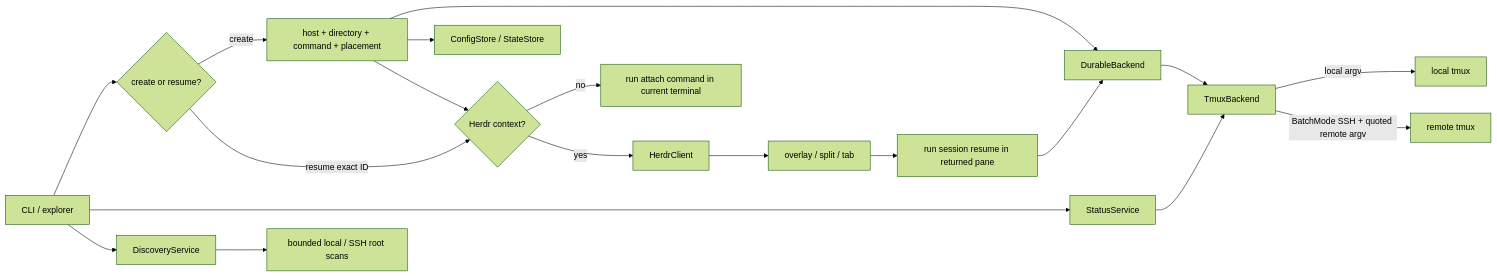
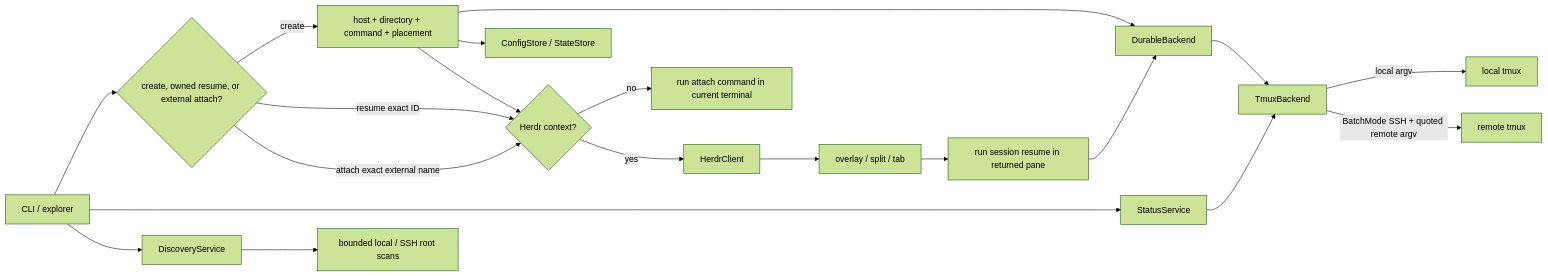
The first of 2 diagrams in docs/architecture.md (moneycaringcoder/herdr-tether), drawn with Mermaid (forest theme) before and after one commit. The commit also changed other lines of this file and 12 other files, not shown here.

Commit message:
feat: attach discovered external tmux sessions (#5)

````diff
--- a/docs/architecture.md
+++ b/docs/architecture.md
@@ -21,21 +22,22 @@
 ```mermaid
 flowchart LR
-    CLI[CLI / explorer] --> Intent{create or resume?}
+    CLI[CLI / explorer] --> Intent{create, owned resume, or external attach?}
     CLI --> Status[StatusService]
     CLI --> Discovery[DiscoveryService]
     Discovery --> Roots[bounded local / SSH root scans]
     Status --> Tmux
     Intent -->|create| Select[host + directory + command + placement]
     Select --> Durable[DurableBackend]
     Durable --> Tmux[TmuxBackend]
     Tmux -->|local argv| Local[local tmux]
     Tmux -->|BatchMode SSH + quoted remote argv| Remote[remote tmux]
     Select --> Store[ConfigStore / StateStore]
     Intent -->|resume exact ID| Context
+    Intent -->|attach exact external name| Context
     Select --> Context{Herdr context?}
     Context -->|no| Attach[run attach command in current terminal]
     Context -->|yes| Herdr[HerdrClient]
     Herdr --> Pane[overlay / split / tab]
     Pane --> Resume[run session resume in returned pane]
     Resume --> Durable
 ```
````
